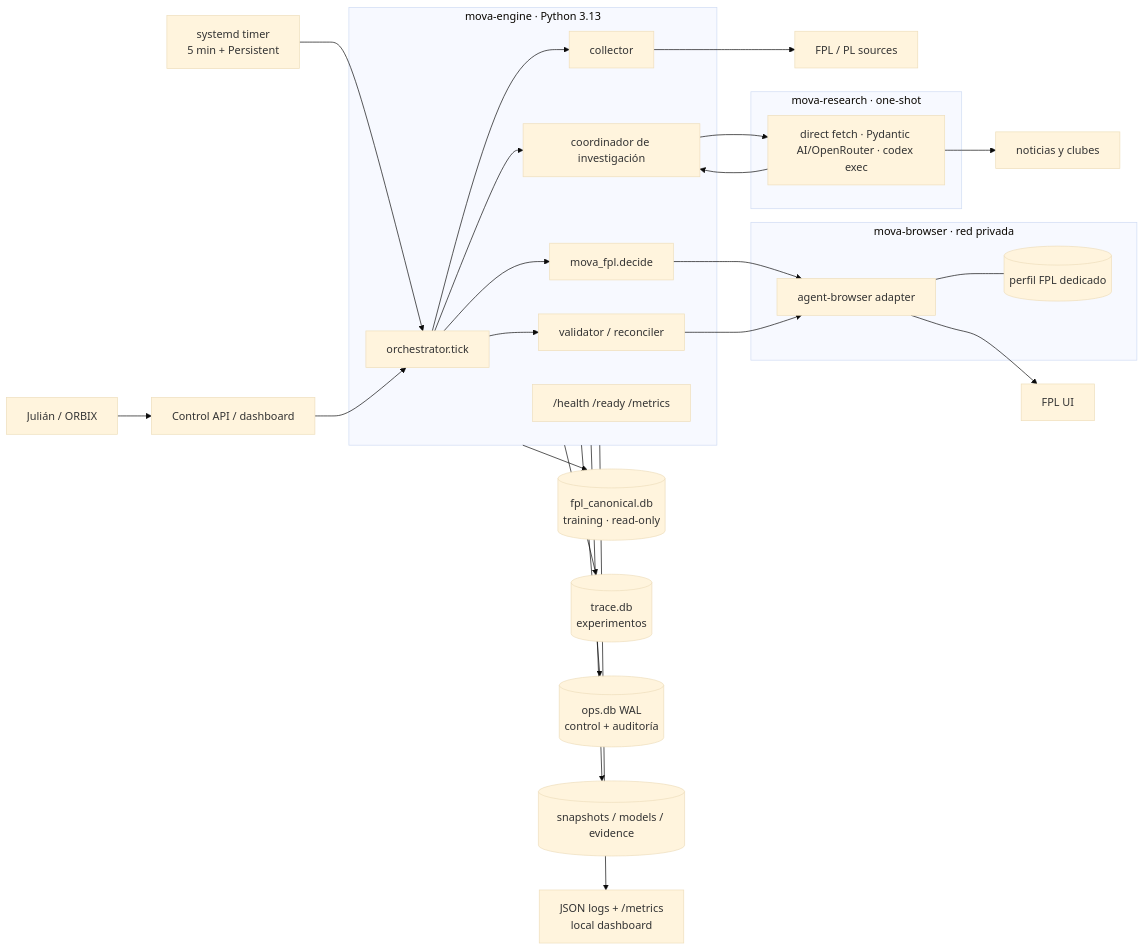
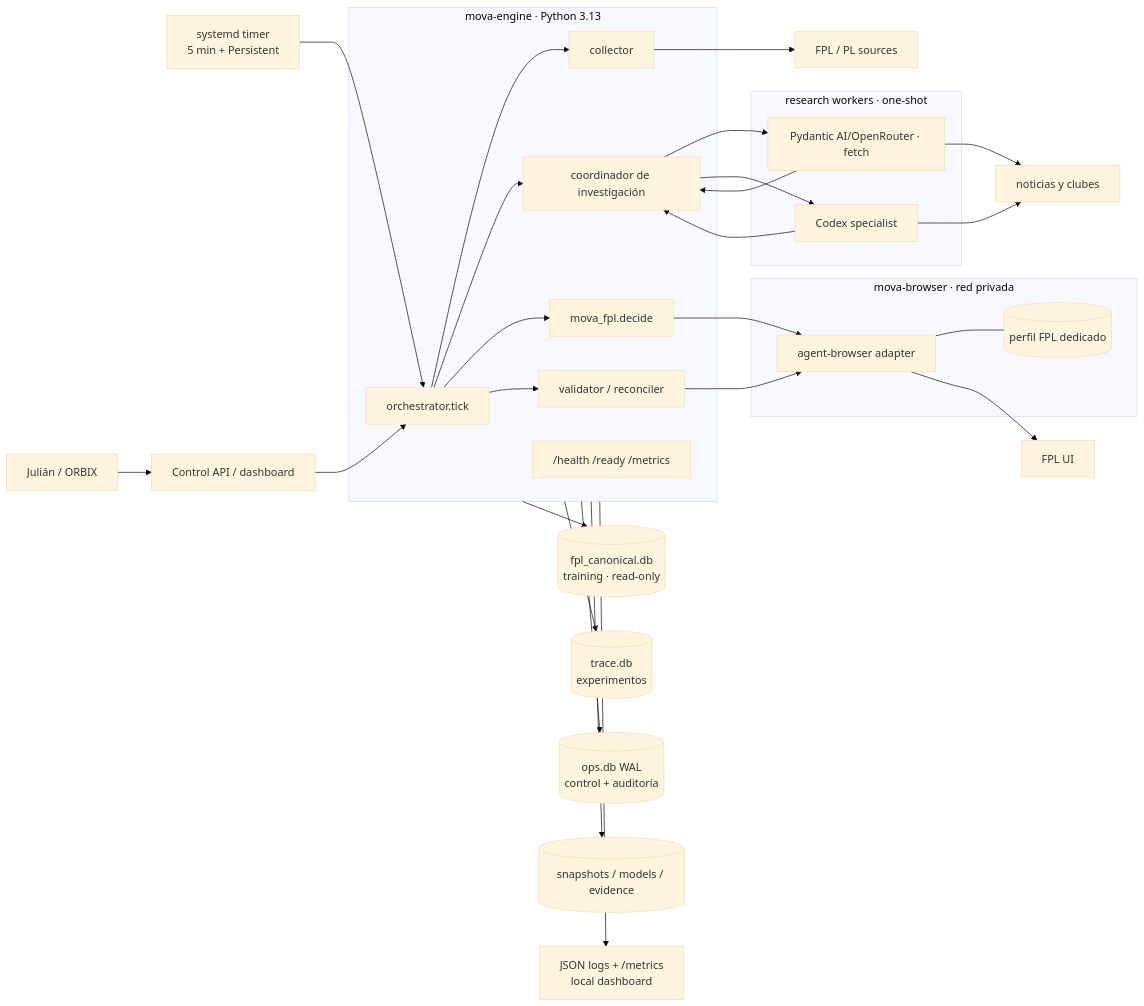
The first of 3 diagrams in docs/specs/fpl-autonomous-operator/02-architecture.md (OrbitalLabBOG/mova-pro-futbol-data-analytics), drawn with Mermaid (base theme) before and after one commit. The commit also changed other lines of this file and 14 other files, not shown here.

Commit message:
docs: specify complete agent research harness

````diff
--- a/docs/specs/fpl-autonomous-operator/02-architecture.md
+++ b/docs/specs/fpl-autonomous-operator/02-architecture.md
@@ -35,38 +36,42 @@
 ```mermaid
 flowchart LR
   timer["systemd timer\n5 min + Persistent"] --> tick["orchestrator.tick"]
   owner["Julián / ORBIX"] --> control["Control API / dashboard"]
   control --> tick
 
   subgraph engine["mova-engine · Python 3.13"]
     tick --> collector[collector]
     tick --> research_request[coordinador de investigación]
     tick --> decision["mova_fpl.decide"]
     tick --> verify[validator / reconciler]
     metrics["/health /ready /metrics"]
   end
 
-  subgraph research["mova-research · one-shot"]
-    agent["direct fetch · Pydantic AI/OpenRouter · codex exec"]
+  subgraph research["research workers · one-shot"]
+    agent["Pydantic AI/OpenRouter · fetch"]
+    specialist["Codex specialist"]
   end
 
   subgraph browser["mova-browser · red privada"]
     executor["agent-browser adapter"]
     profile[("perfil FPL dedicado")]
     executor --- profile
   end
 
   collector --> fpl["FPL / PL sources"]
   research_request --> agent
+  research_request --> specialist
   agent --> web["noticias y clubes"]
+  specialist --> web
   agent --> research_request
+  specialist --> research_request
   decision --> executor
   executor --> fplui["FPL UI"]
   verify --> executor
 
   engine --> canonical[("fpl_canonical.db\ntraining · read-only")]
   engine --> trace[("trace.db\nexperimentos")]
   engine --> ops[("ops.db WAL\ncontrol + auditoría")]
   engine --> artifacts[("snapshots / models / evidence")]
   engine --> telemetry["JSON logs + /metrics\nlocal dashboard"]
 ```
````
